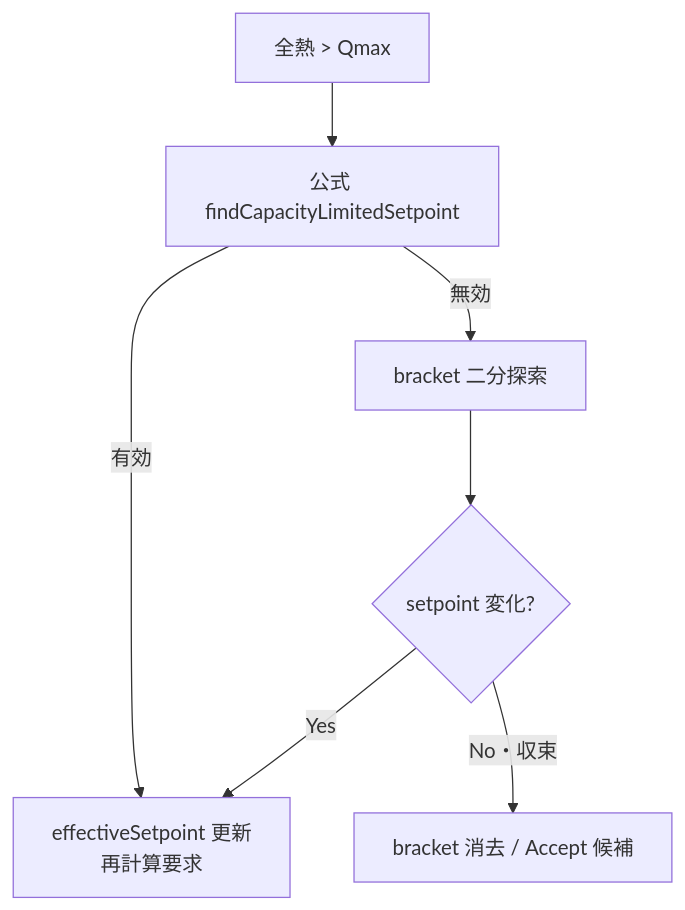
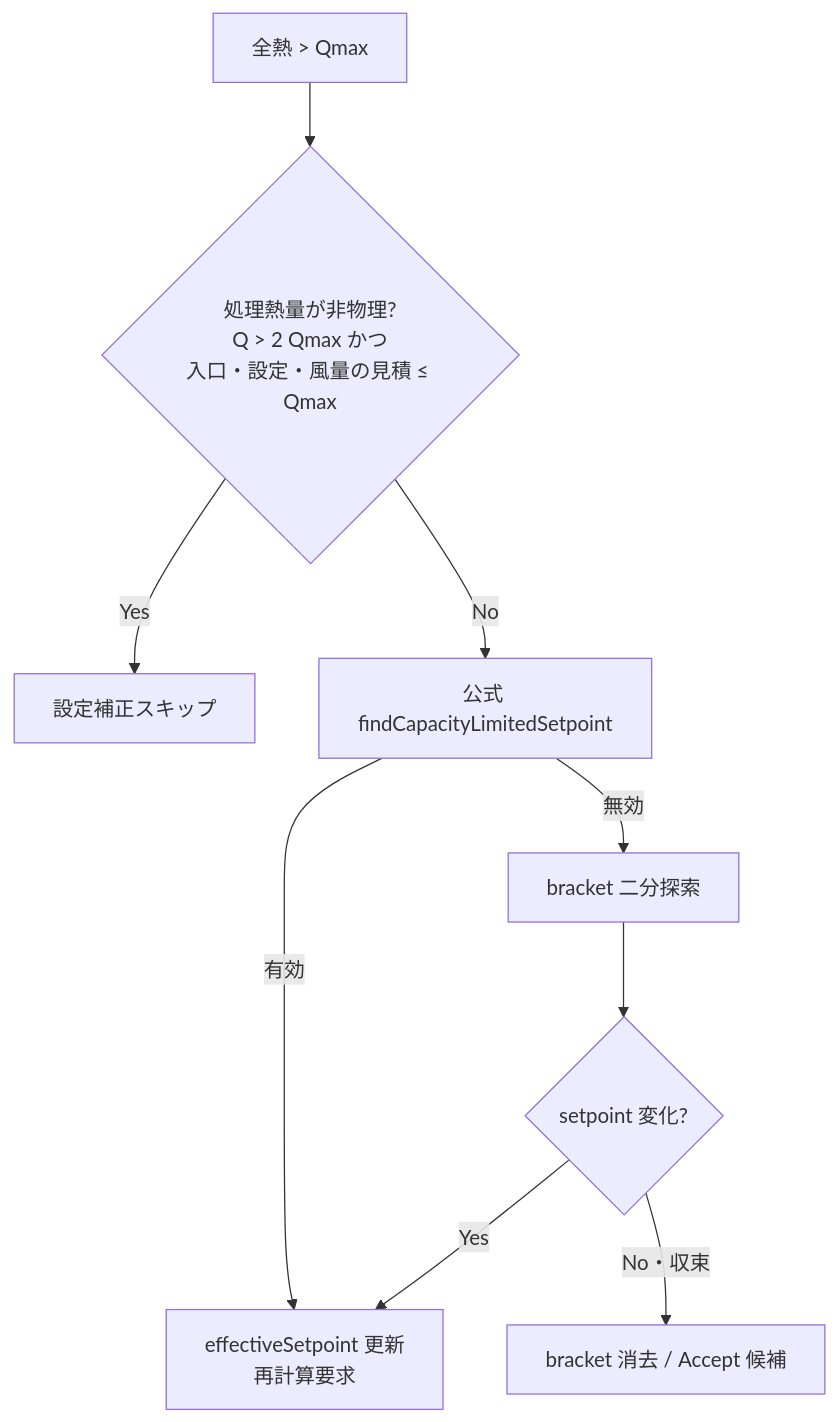
Before and after one commit to iguchi-lab/vtsimnx: the fifth of 5 diagrams in engine/docs/aircon_control_overview.md, drawn with Mermaid. The commit also changed other lines of this file and 10 other files, not shown here.

````diff
--- a/engine/docs/aircon_control_overview.md
+++ b/engine/docs/aircon_control_overview.md
@@ -386,9 +386,11 @@
 ```mermaid
 flowchart TD
-    OVER["全熱 > Qmax"] --> F["公式 findCapacityLimitedSetpoint"]
+    OVER["全熱 > Qmax"] --> U{"処理熱量が非物理?<br/>Q > 2 Qmax かつ<br/>入口・設定・風量の見積 ≤ Qmax"}
+    U -->|Yes| SKIP["設定補正スキップ"]
+    U -->|No| F["公式 findCapacityLimitedSetpoint"]
     F -->|有効| APPLY["effectiveSetpoint 更新<br/>再計算要求"]
     F -->|無効| BR["bracket 二分探索"]
     BR --> CH{"setpoint 変化?"}
     CH -->|Yes| APPLY
     CH -->|No・収束| DONE["bracket 消去 / Accept 候補"]
 ```
````
